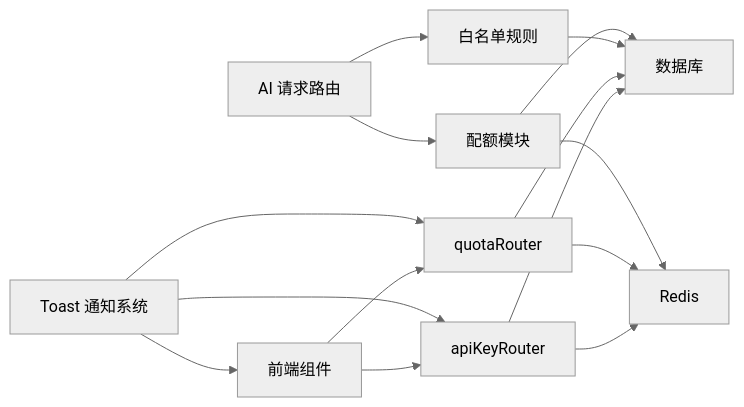
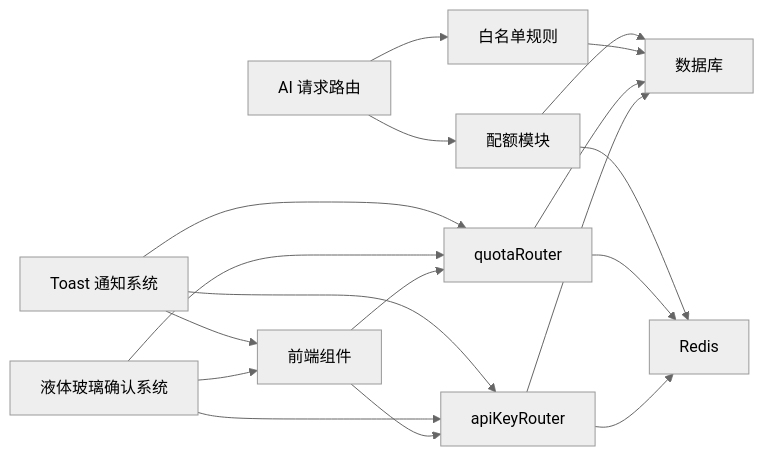
Before and after one commit to RadiumAg/AIGate: the ninth of 9 diagrams in .qoder/repowiki/zh/content/核心功能/API Key 管理.md, drawn with Mermaid (neutral theme). The commit also changed other lines of this file and 3 other files, not shown here.

````diff
--- a/.qoder/repowiki/zh/content/核心功能/API Key 管理.md
+++ b/.qoder/repowiki/zh/content/核心功能/API Key 管理.md
@@ -320,17 +394,20 @@
 ```mermaid
 graph LR
 UI["前端组件"] --> TPR["apiKeyRouter"]
 UI --> QR["quotaRouter"]
 TPR --> DB["数据库"]
 TPR --> RC["Redis"]
 QR --> RC
 QR --> DB
 AI["AI 请求路由"] --> WL["白名单规则"]
 AI --> QU["配额模块"]
 WL --> DB
 QU --> RC
 QU --> DB
+Confirm["液体玻璃确认系统"] --> UI
+Confirm --> TPR
+Confirm --> QR
 Toast["Toast 通知系统"] --> UI
 Toast --> TPR
 Toast --> QR
 ```
````
